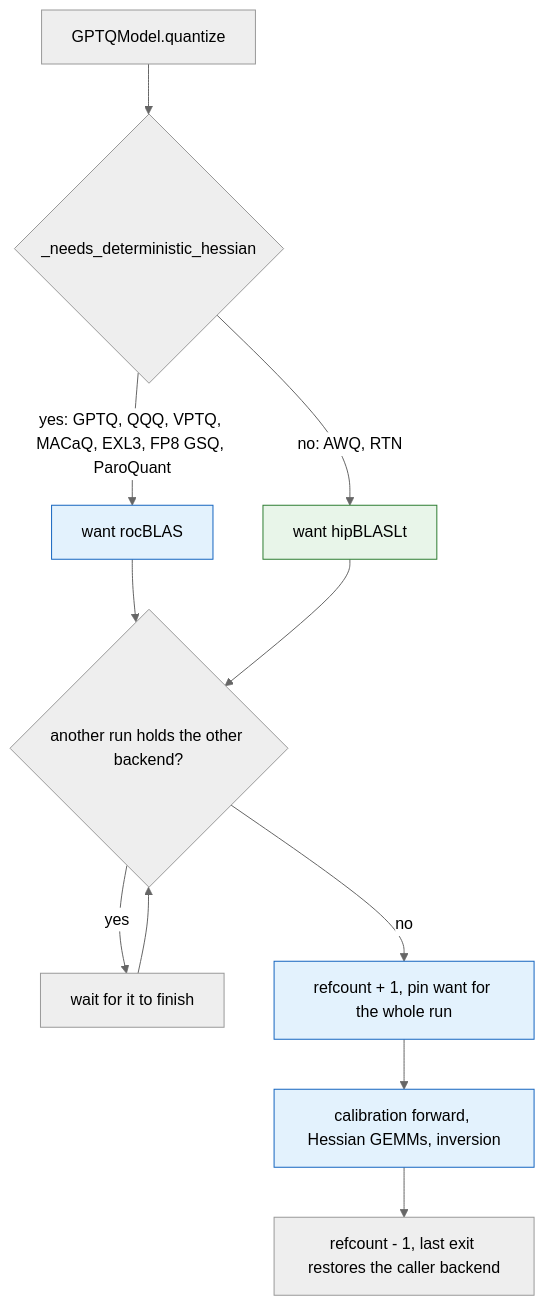
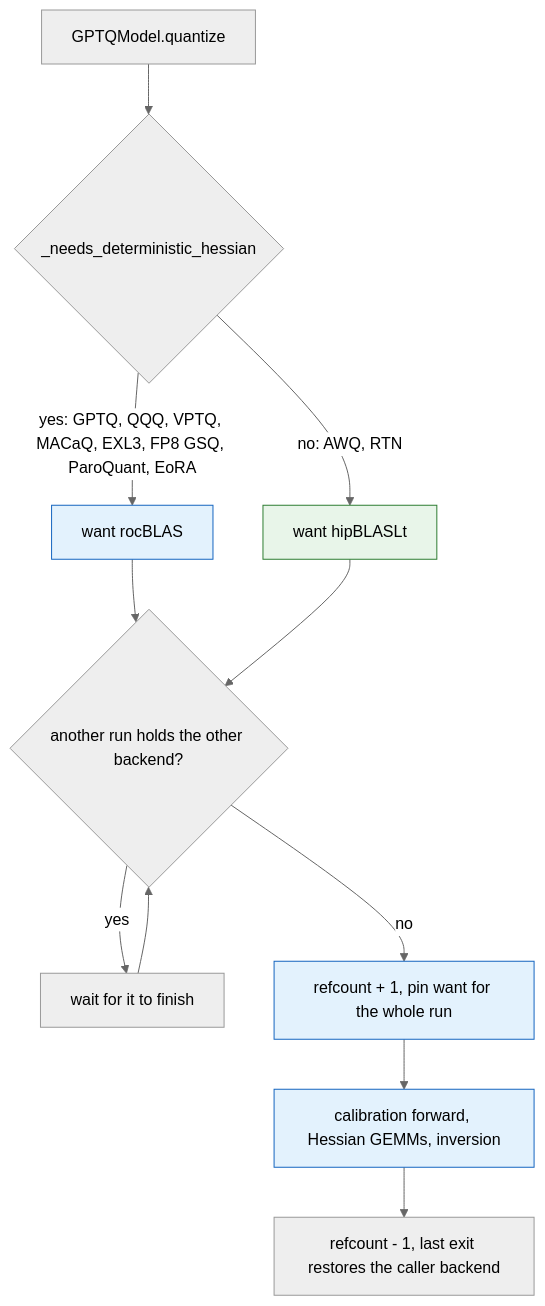
The second of 2 diagrams in docs/rocm-default-environment.md (ModelCloud/GPTQModel), drawn with Mermaid (neutral theme) before and after one commit. The commit also changed other lines of this file and 2 other files, not shown here.

First line of the commit message:
fix(rocm): pin EoRA's input Gram to the deterministic BLAS backend

````diff
--- a/docs/rocm-default-environment.md
+++ b/docs/rocm-default-environment.md
@@ -111,18 +114,18 @@
 ```mermaid
 flowchart TD
     A["GPTQModel.quantize"] --> B{"_needs_deterministic_hessian"}
-    B -- "yes: GPTQ, QQQ, VPTQ, MACaQ, EXL3, FP8 GSQ, ParoQuant" --> C["want rocBLAS"]
+    B -- "yes: GPTQ, QQQ, VPTQ, MACaQ, EXL3, FP8 GSQ, ParoQuant, EoRA" --> C["want rocBLAS"]
     B -- "no: AWQ, RTN" --> D["want hipBLASLt"]
     C --> E{"another run holds the other backend?"}
     D --> E
     E -- "yes" --> F["wait for it to finish"]
     F --> E
     E -- "no" --> G["refcount + 1, pin want for the whole run"]
     G --> H["calibration forward, Hessian GEMMs, inversion"]
     H --> I["refcount - 1, last exit restores the caller backend"]
 
     classDef pin fill:#e3f2fd,stroke:#1565c0,color:#000
     classDef fast fill:#e8f5e9,stroke:#2e7d32,color:#000
     class C,G,H pin
     class D fast
 ```
````
